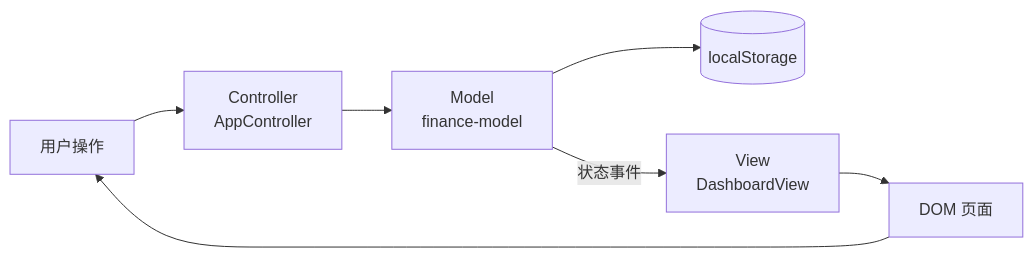
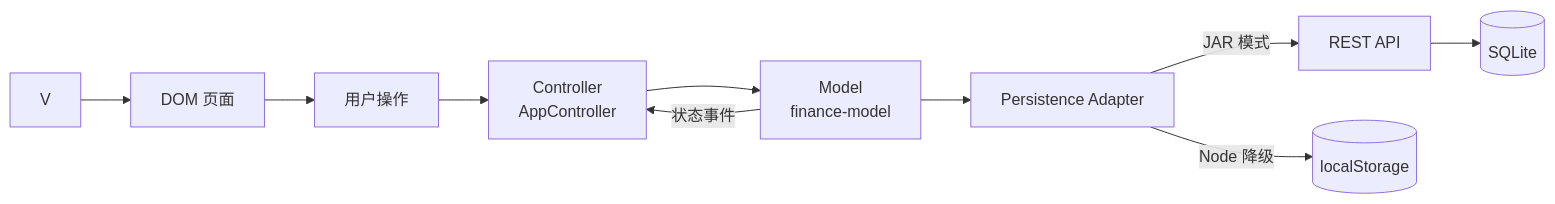
One commit to 0625jxx/yimu-finance-dashboard changed the first of 2 diagrams in docs/technical-design.md. Above: the diagram before and after it, drawn with Mermaid. The commit also changed other lines of this file and 26 other files, not shown here.

Commit message:
feat: add sqlite persistence and submission hardening

````diff
--- a/docs/technical-design.md
+++ b/docs/technical-design.md
@@ -18,9 +18,12 @@
 ```mermaid
 flowchart LR
     U[用户操作] --> C[Controller\nAppController]
     C --> M[Model\nfinance-model]
-    M --> S[(localStorage)]
-    M -->|状态事件| V[View\nDashboardView]
+    M --> A[Persistence Adapter]
+    A -->|JAR 模式| R[REST API]
+    R --> S[(SQLite)]
+    A -->|Node 降级| L[(localStorage)]
+    M -->|状态事件| C
     V --> D[DOM 页面]
     D --> U
 ```
````
